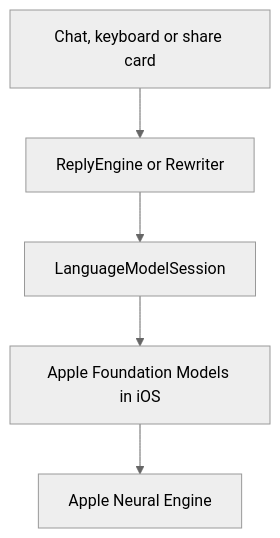
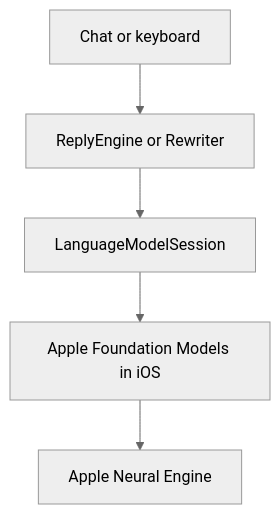
Before and after one commit to pdsdm/QuietGPT: the diagram in docs/neural-engine/README.md, drawn with Mermaid (neutral theme). The commit also changed other lines of this file and 6 other files, not shown here.

Commit message:
Docs without the share card

````diff
--- a/docs/neural-engine/README.md
+++ b/docs/neural-engine/README.md
@@ -41,7 +41,7 @@
 ```mermaid
 flowchart TD
-    A[Chat, keyboard or share card] --> B[ReplyEngine or Rewriter]
+    A[Chat or keyboard] --> B[ReplyEngine or Rewriter]
     B --> C[LanguageModelSession]
     C --> D[Apple Foundation Models in iOS]
     D --> E[Apple Neural Engine]
 ```
````
